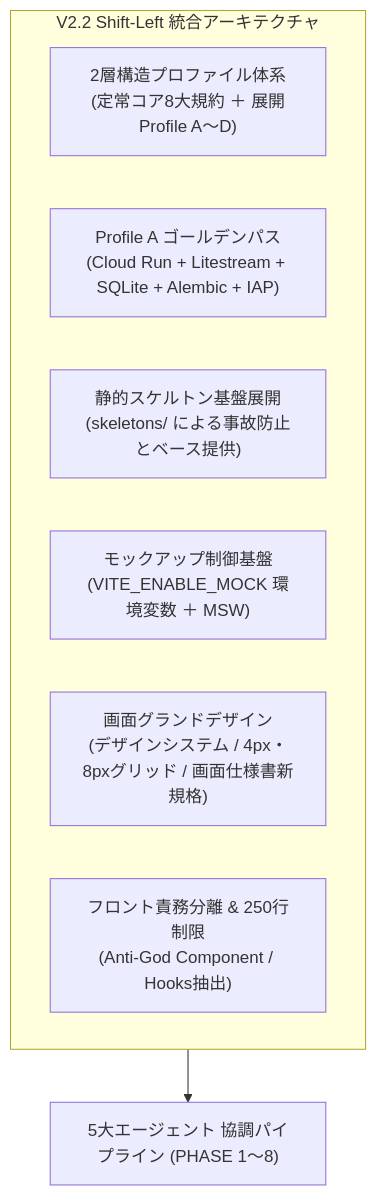
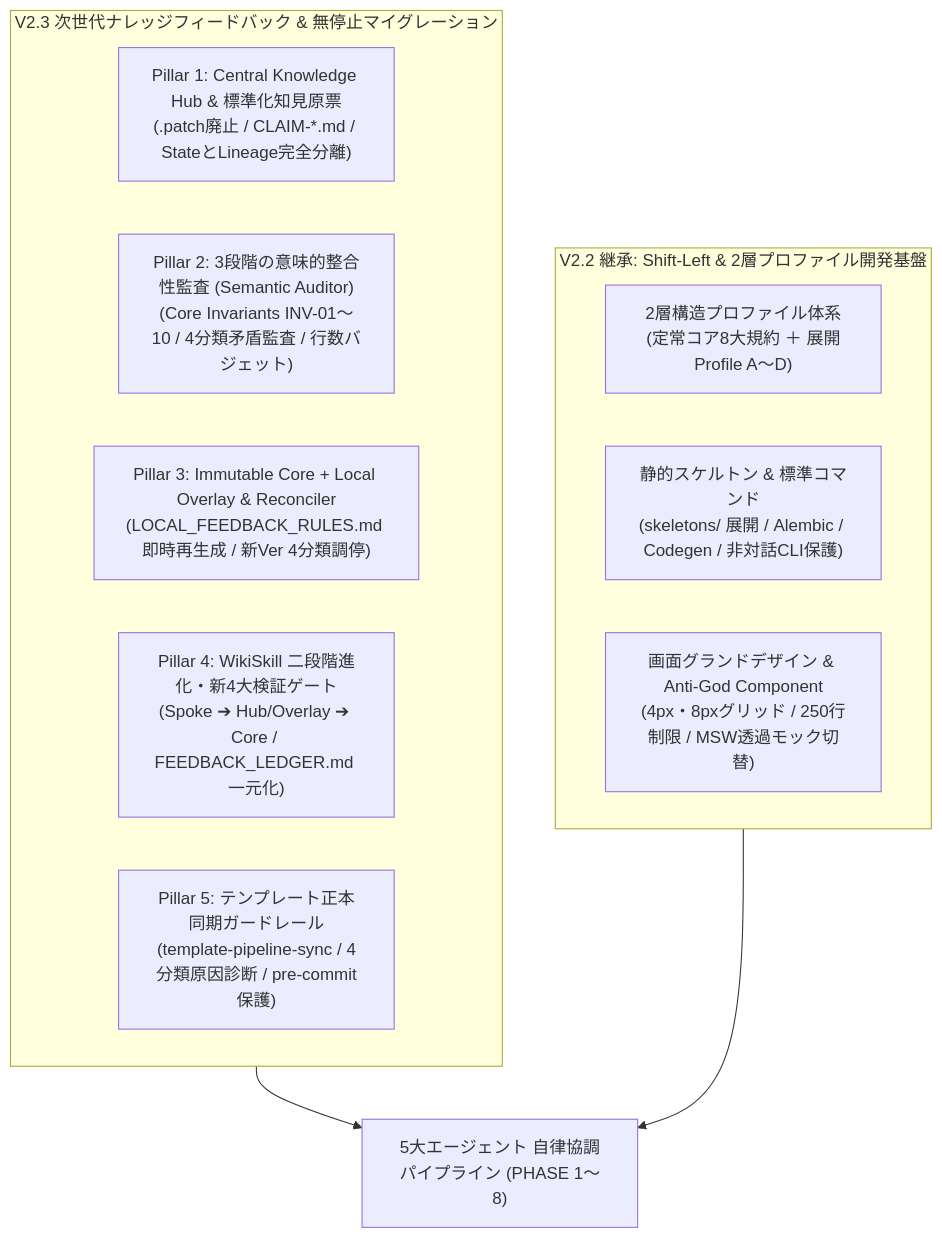
Before and after one commit to LeoPanda/template: the first of 3 diagrams in README.md, drawn with Mermaid. The commit also changed other lines of this file and 57 other files, not shown here.

````diff
--- a/README.md
+++ b/README.md
@@ -19,12 +17,18 @@
 ```mermaid
 flowchart TD
-    subgraph ShiftLeft["V2.2 Shift-Left 統合アーキテクチャ"]
-        P1["2層構造プロファイル体系\n(定常コア8大規約 ＋ 展開Profile A〜D)"]
-        P2["Profile A ゴールデンパス\n(Cloud Run + Litestream + SQLite + Alembic + IAP)"]
-        P3["静的スケルトン基盤展開\n(skeletons/ による事故防止とベース提供)"]
-        P4["モックアップ制御基盤\n(VITE_ENABLE_MOCK 環境変数 ＋ MSW)"]
-        P5["画面グランドデザイン\n(デザインシステム / 4px・8pxグリッド / 画面仕様書新規格)"]
-        P6["フロント責務分離 & 250行制限\n(Anti-God Component / Hooks抽出)"]
+    subgraph V23["V2.3 次世代ナレッジフィードバック & 無停止マイグレーション"]
+        K1["Pillar 1: Central Knowledge Hub & 標準化知見原票\n(.patch廃止 / CLAIM-*.md / StateとLineage完全分離)"]
+        K2["Pillar 2: 3段階の意味的整合性監査 (Semantic Auditor)\n(Core Invariants INV-01〜10 / 4分類矛盾監査 / 行数バジェット)"]
+        K3["Pillar 3: Immutable Core + Local Overlay & Reconciler\n(LOCAL_FEEDBACK_RULES.md 即時再生成 / 新Ver 4分類調停)"]
+        K4["Pillar 4: WikiSkill 二段階進化・新4大検証ゲート\n(Spoke ➔ Hub/Overlay ➔ Core / FEEDBACK_LEDGER.md 一元化)"]
+        K5["Pillar 5: テンプレート正本同期ガードレール\n(template-pipeline-sync / 4分類原因診断 / pre-commit保護)"]
     end
-    ShiftLeft --> Pipeline["5大エージェント 協調パイプライン (PHASE 1〜8)"]
+
+    subgraph V22["V2.2 継承: Shift-Left & 2層プロファイル開発基盤"]
+        S1["2層構造プロファイル体系\n(定常コア8大規約 ＋ 展開Profile A〜D)"]
+        S2["静的スケルトン & 標準コマンド\n(skeletons/ 展開 / Alembic / Codegen / 非対話CLI保護)"]
+        S3["画面グランドデザイン & Anti-God Component\n(4px・8pxグリッド / 250行制限 / MSW透過モック切替)"]
+    end
+
+    V23 & V22 --> Pipeline["5大エージェント 自律協調パイプライン (PHASE 1〜8)"]
 ```
````
